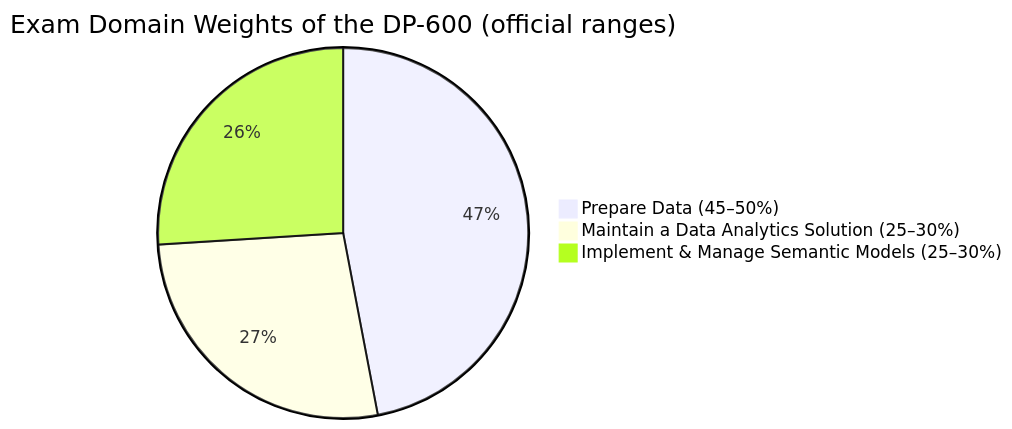
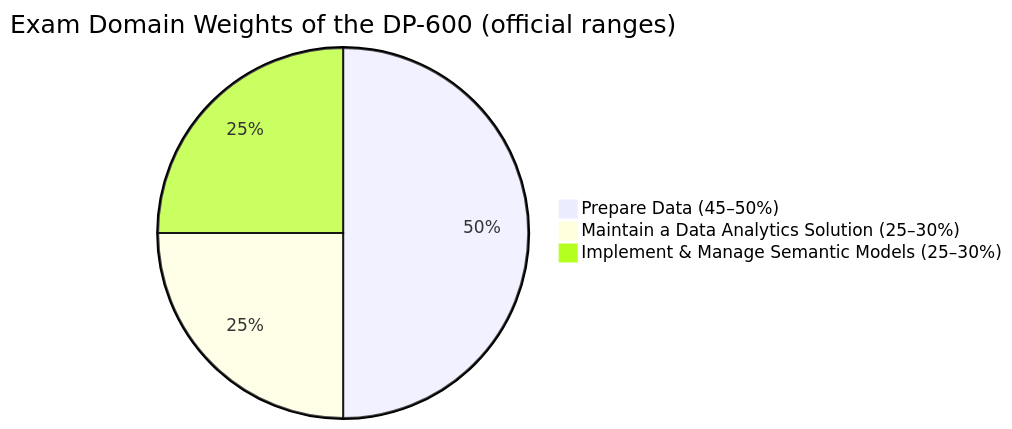
One commit to marcogrimaldi29/dp-600-study-notes changed the first of 2 diagrams in README.md. Above: the diagram before and after it, drawn with Mermaid. The commit also changed other lines of this file and 7 other files, not shown here.

Commit message:
Updated nav, absolute URLs and Mermaid pie format

````diff
--- a/README.md
+++ b/README.md
@@ -33,6 +33,6 @@
 ```mermaid
 pie title Exam Domain Weights of the DP-600 (official ranges)
-    "Prepare Data (45–50%)" : 47
-    "Maintain a Data Analytics Solution (25–30%)" : 27
-    "Implement & Manage Semantic Models (25–30%)" : 26
+    "Prepare Data (45–50%)" : 50
+    "Maintain a Data Analytics Solution (25–30%)" : 25
+    "Implement & Manage Semantic Models (25–30%)" : 25
 ```
````
